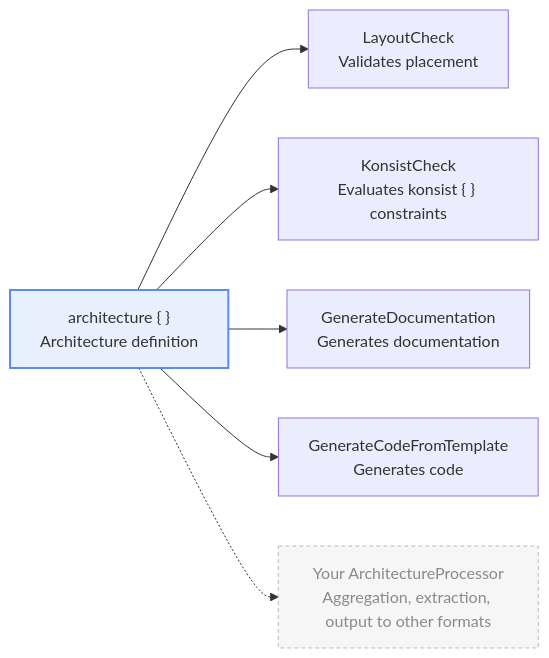
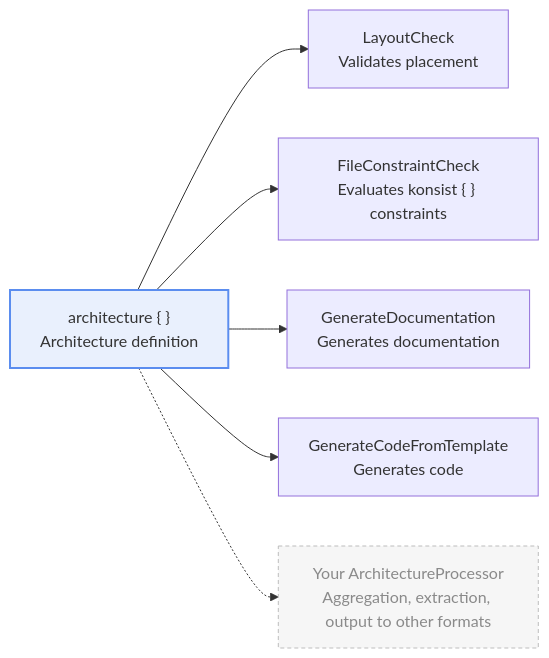
One commit to TBSten/katachi changed the diagram in docs/src/content/docs/guides/processor.mdx. Above: the diagram before and after it, drawn with Mermaid. The commit also changed other lines of this file and 40 other files, not shown here.

````diff
--- a/docs/src/content/docs/guides/processor.mdx
+++ b/docs/src/content/docs/guides/processor.mdx
@@ -44,12 +39,12 @@
 ```mermaid
 flowchart LR
     D["architecture { }<br/>Architecture definition"]
     D --> Layout["LayoutCheck<br/>Validates placement"]
-    D --> Konsist["KonsistCheck<br/>Evaluates konsist { } constraints"]
+    D --> Konsist["FileConstraintCheck<br/>Evaluates konsist { } constraints"]
     D --> Doc["GenerateDocumentation<br/>Generates documentation"]
     D --> Template["GenerateCodeFromTemplate<br/>Generates code"]
     D -.-> Custom["Your ArchitectureProcessor<br/>Aggregation, extraction, output to other formats"]
 
     style D fill:#5B8DEF22,stroke:#5B8DEF,stroke-width:2px
     style Custom fill:#BDBDBD22,stroke:#BDBDBD,stroke-dasharray:4 3,color:#8A8A8A
 ```
````
